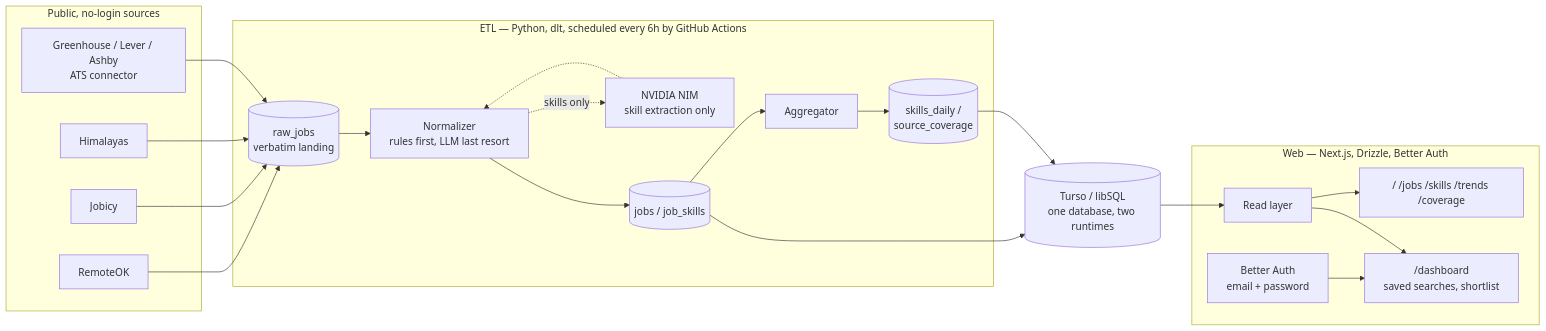
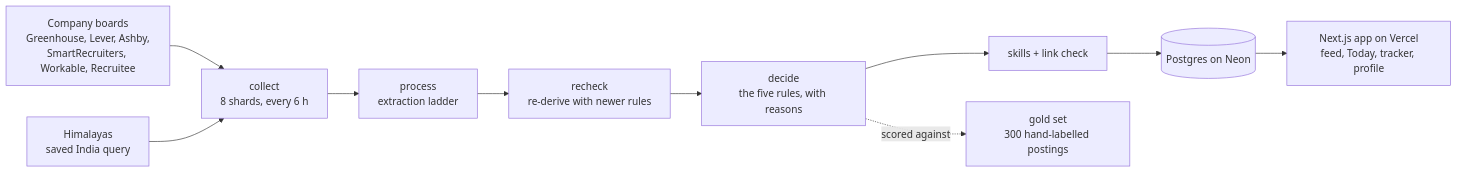
The diagram in README.md (Srijan1419/hunterrr), drawn with Mermaid before and after one commit. The commit also changed other lines of this file and 4 other files, not shown here.

Commit message:
Docs: README rewritten for the early-career basecamp (rules, pipeline, honest numbers, capacity), docs/architecture.md, docs/sources-terms.md, NOTICE and data-model brought up to date

````diff
--- a/README.md
+++ b/README.md
@@ -34,39 +30,12 @@
 ```mermaid
 flowchart LR
-    subgraph Sources["Public, no-login sources"]
-        RO[RemoteOK]
-        JB[Jobicy]
-        HM[Himalayas]
-        ATS[Greenhouse / Lever / Ashby<br/>ATS connector]
-    end
-
-    subgraph ETL["ETL — Python, dlt, scheduled every 6h by GitHub Actions"]
-        RAW[(raw_jobs<br/>verbatim landing)]
-        NORM[Normalizer<br/>rules first, LLM last resort]
-        LLM[NVIDIA NIM<br/>skill extraction only]
-        AGG[Aggregator]
-        JOBS[(jobs / job_skills)]
-        DAILY[(skills_daily /<br/>source_coverage)]
-    end
-
-    subgraph Web["Web — Next.js, Drizzle, Better Auth"]
-        READ[Read layer]
-        PAGES["/ /jobs /skills /trends /coverage"]
-        AUTH[Better Auth<br/>email + password]
-        DASH["/dashboard<br/>saved searches, shortlist"]
-    end
-
-    DB[(Turso / libSQL<br/>one database, two runtimes)]
-
-    RO & JB & HM & ATS --> RAW
-    RAW --> NORM
-    NORM -.skills only.-> LLM
-    LLM -.-> NORM
-    NORM --> JOBS
-    JOBS --> AGG --> DAILY
-    JOBS --> DB
-    DAILY --> DB
-    DB --> READ --> PAGES
-    AUTH --> DASH
-    READ --> DASH
+    S1[Company boards<br/>Greenhouse, Lever, Ashby,<br/>SmartRecruiters, Workable, Recruitee] --> C
+    S2[Himalayas<br/>saved India query] --> C
+    C[collect<br/>8 shards, every 6 h] --> P[process<br/>extraction ladder]
+    P --> R[recheck<br/>re-derive with newer rules]
+    R --> D[decide<br/>the five rules, with reasons]
+    D --> K[skills + link check]
+    K --> DB[(Postgres on Neon)]
+    DB --> W[Next.js app on Vercel<br/>feed, Today, tracker, profile]
+    D -. scored against .-> G[gold set<br/>300 hand-labelled postings]
 ```
````
